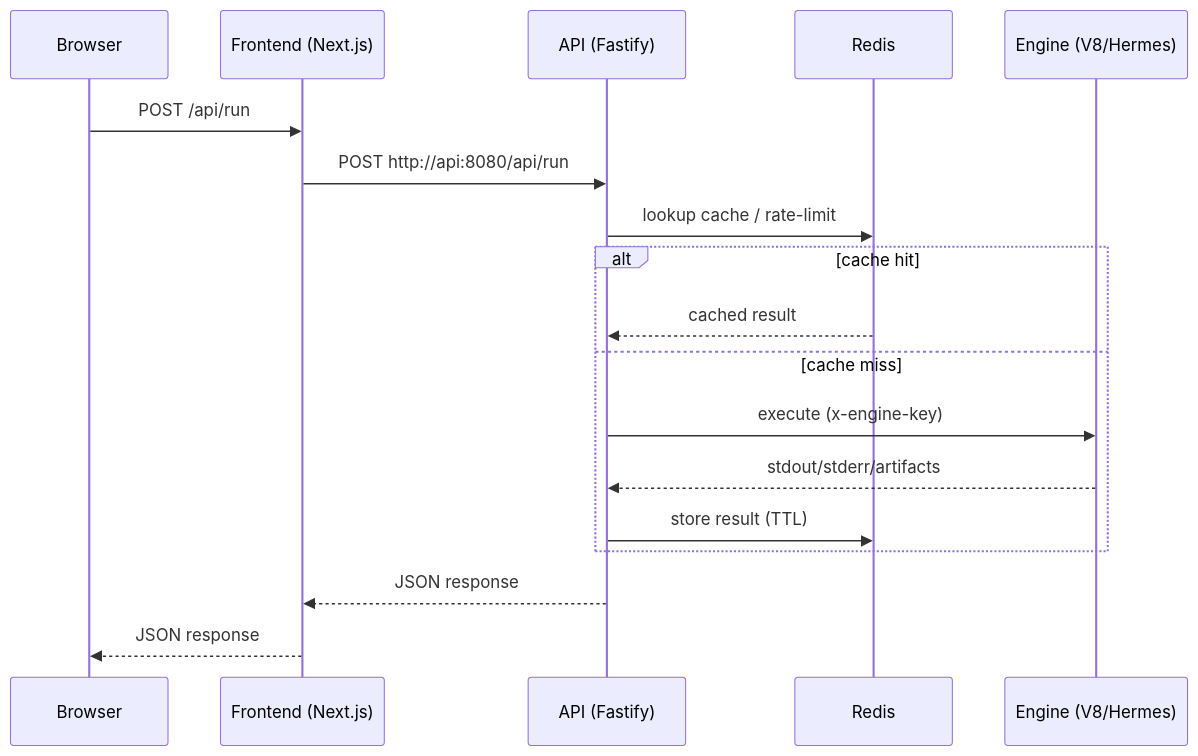
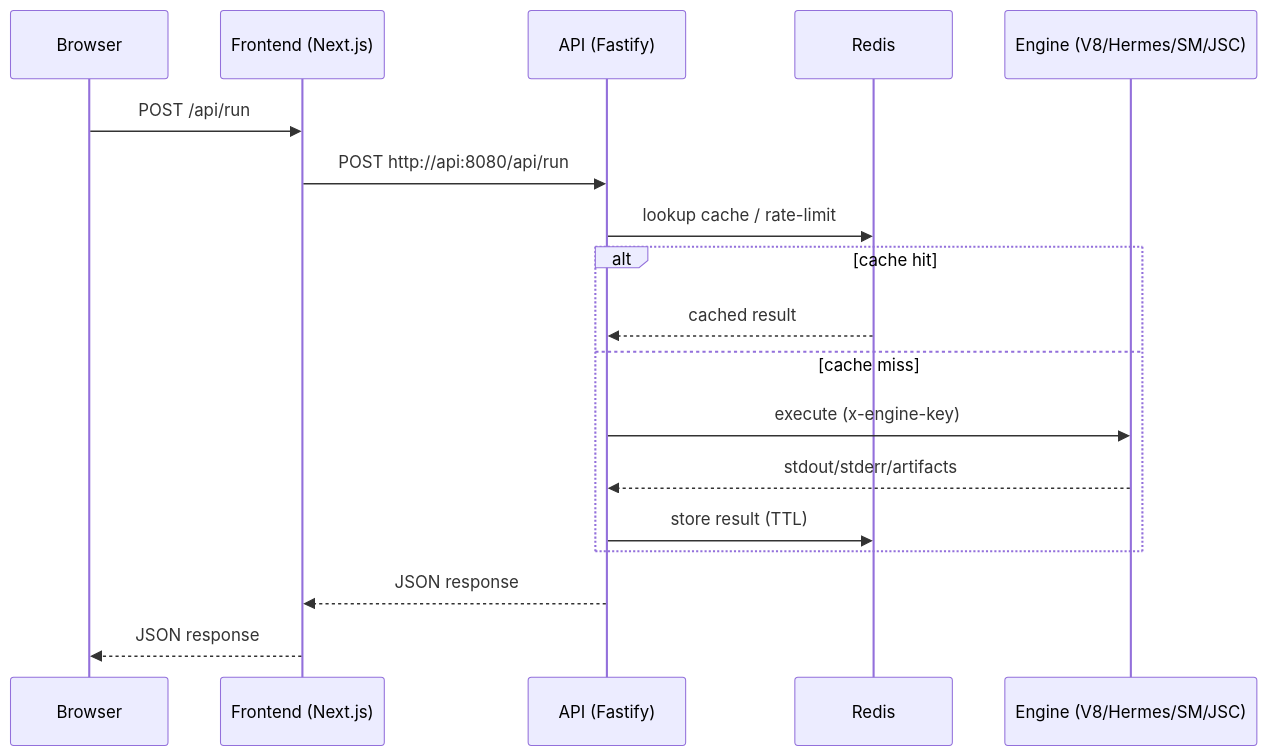
The second of 2 diagrams in docs/infra.md (pavlof01/jslab), drawn with Mermaid before and after one commit. The commit also changed other lines of this file and 10 other files, not shown here.

````diff
--- a/docs/infra.md
+++ b/docs/infra.md
@@ -59,21 +71,21 @@
 ```mermaid
 sequenceDiagram
   participant Browser as Browser
   participant Frontend as Frontend (Next.js)
   participant API as API (Fastify)
   participant Redis as Redis
-  participant Engine as Engine (V8/Hermes)
+  participant Engine as Engine (V8/Hermes/SM/JSC)
 
   Browser->>Frontend: POST /api/run
   Frontend->>API: POST http://api:8080/api/run
   API->>Redis: lookup cache / rate-limit
   alt cache hit
     Redis-->>API: cached result
   else cache miss
     API->>Engine: execute (x-engine-key)
     Engine-->>API: stdout/stderr/artifacts
     API->>Redis: store result (TTL)
   end
   API-->>Frontend: JSON response
   Frontend-->>Browser: JSON response
 ```
````
